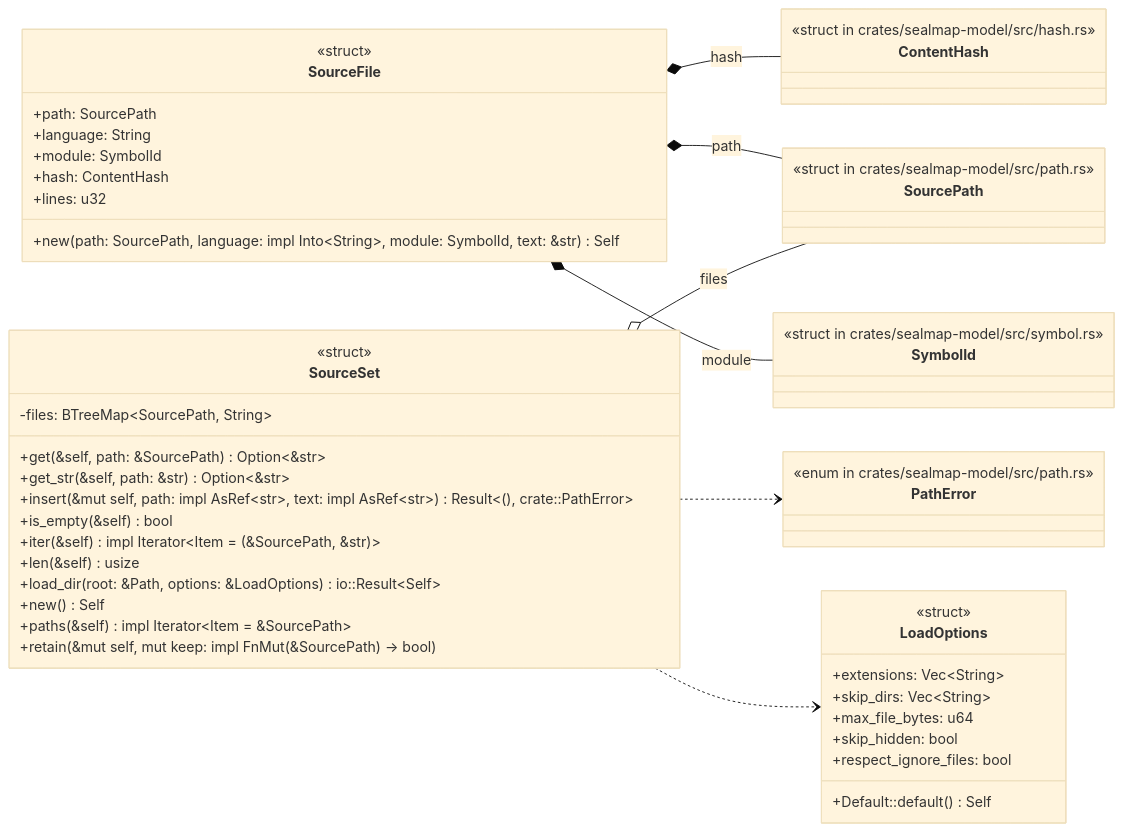
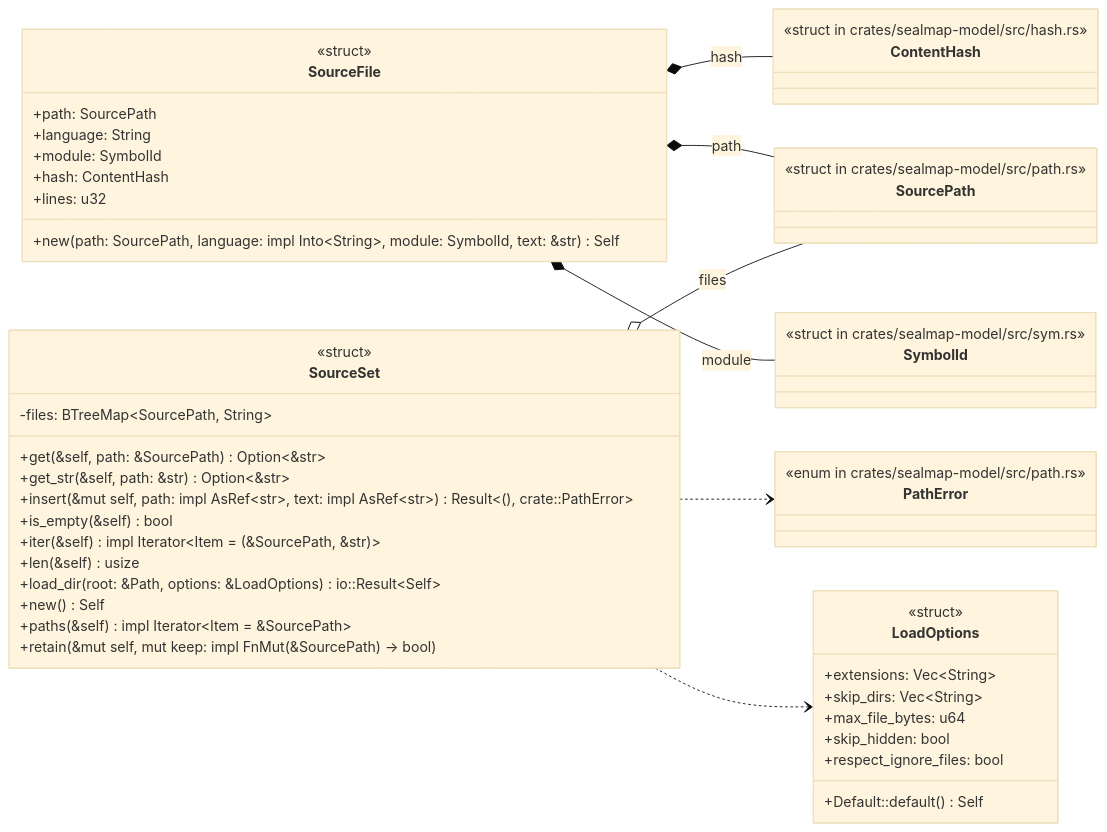
Before and after one commit to DreamLab-AI/codemaid: the first of 5 diagrams in docs/sealmap/crates/sealmap-model/src/source.rs.md, drawn with Mermaid (base theme). The commit also changed other lines of this file and 45 other files, not shown here.

First line of the commit message:
docs: regenerate the self-corpus for sym: ids and schema v2

````diff
--- a/docs/sealmap/crates/sealmap-model/src/source.rs.md
+++ b/docs/sealmap/crates/sealmap-model/src/source.rs.md
@@ -13,54 +13,54 @@
 ```mermaid
 classDiagram
   direction LR
-  class sealmap_model__source__LoadOptions["LoadOptions"] {
+  class sealmap_model__source___tLoadOptions["LoadOptions"] {
     <<struct>>
     +extensions: Vec#lt;String#gt;
     +skip_dirs: Vec#lt;String#gt;
     +max_file_bytes: u64
     +skip_hidden: bool
     +respect_ignore_files: bool
     +Default::default() Self
   }
-  class sealmap_model__source__SourceFile["SourceFile"] {
+  class sealmap_model__source___tSourceFile["SourceFile"] {
     <<struct>>
     +path: SourcePath
     +language: String
     +module: SymbolId
     +hash: ContentHash
     +lines: u32
     +new(path: SourcePath, language: impl Into#lt;String#gt;, module: SymbolId, text: &str) Self
   }
-  class sealmap_model__source__SourceSet["SourceSet"] {
+  class sealmap_model__source___tSourceSet["SourceSet"] {
     <<struct>>
     -files: BTreeMap#lt;SourcePath, String#gt;
     +get(&self, path: &SourcePath) Option#lt;&str#gt;
     +get_str(&self, path: &str) Option#lt;&str#gt;
     +insert(&mut self, path: impl AsRef#lt;str#gt;, text: impl AsRef#lt;str#gt;) Result#lt;#40;#41;, crate::PathError#gt;
     +is_empty(&self) bool
     +iter(&self) impl Iterator#lt;Item = #40;&SourcePath, &str#41;#gt;
     +len(&self) usize
     +load_dir(root: &Path, options: &LoadOptions) io::Result#lt;Self#gt;
     +new() Self
     +paths(&self) impl Iterator#lt;Item = &SourcePath#gt;
     +retain(&mut self, mut keep: impl FnMut#40;&SourcePath#41; -> bool)
   }
-  class sealmap_model__hash__ContentHash["ContentHash"] {
+  class sealmap_model__hash___tContentHash["ContentHash"] {
     <<struct in crates/sealmap-model/src/hash.rs>>
   }
-  class sealmap_model__path__SourcePath["SourcePath"] {
+  class sealmap_model__path___tSourcePath["SourcePath"] {
     <<struct in crates/sealmap-model/src/path.rs>>
   }
-  class sealmap_model__symbol__SymbolId["SymbolId"] {
-    <<struct in crates/sealmap-model/src/symbol.rs>>
+  class sealmap_model__sym___tSymbolId["SymbolId"] {
+    <<struct in crates/sealmap-model/src/sym.rs>>
   }
-  class sealmap_model__path__PathError["PathError"] {
+  class sealmap_model__path___tPathError["PathError"] {
     <<enum in crates/sealmap-model/src/path.rs>>
   }
-  sealmap_model__source__SourceFile *-- sealmap_model__hash__ContentHash : hash
-  sealmap_model__source__SourceFile *-- sealmap_model__path__SourcePath : path
-  sealmap_model__source__SourceFile *-- sealmap_model__symbol__SymbolId : module
-  sealmap_model__source__SourceSet ..> sealmap_model__path__PathError
-  sealmap_model__source__SourceSet o-- sealmap_model__path__SourcePath : files
-  sealmap_model__source__SourceSet ..> sealmap_model__source__LoadOptions
+  sealmap_model__source___tSourceFile *-- sealmap_model__hash___tContentHash : hash
+  sealmap_model__source___tSourceFile *-- sealmap_model__path___tSourcePath : path
+  sealmap_model__source___tSourceFile *-- sealmap_model__sym___tSymbolId : module
+  sealmap_model__source___tSourceSet ..> sealmap_model__path___tPathError
+  sealmap_model__source___tSourceSet o-- sealmap_model__path___tSourcePath : files
+  sealmap_model__source___tSourceSet ..> sealmap_model__source___tLoadOptions
 ```
````
